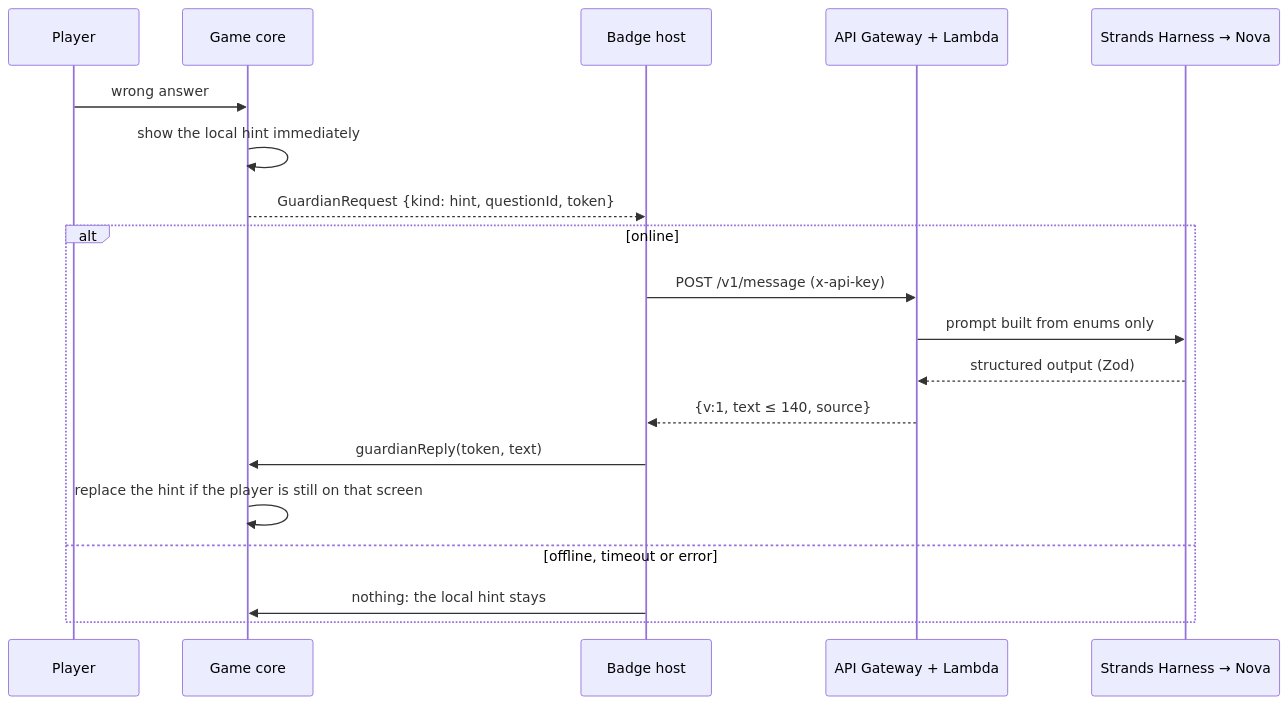
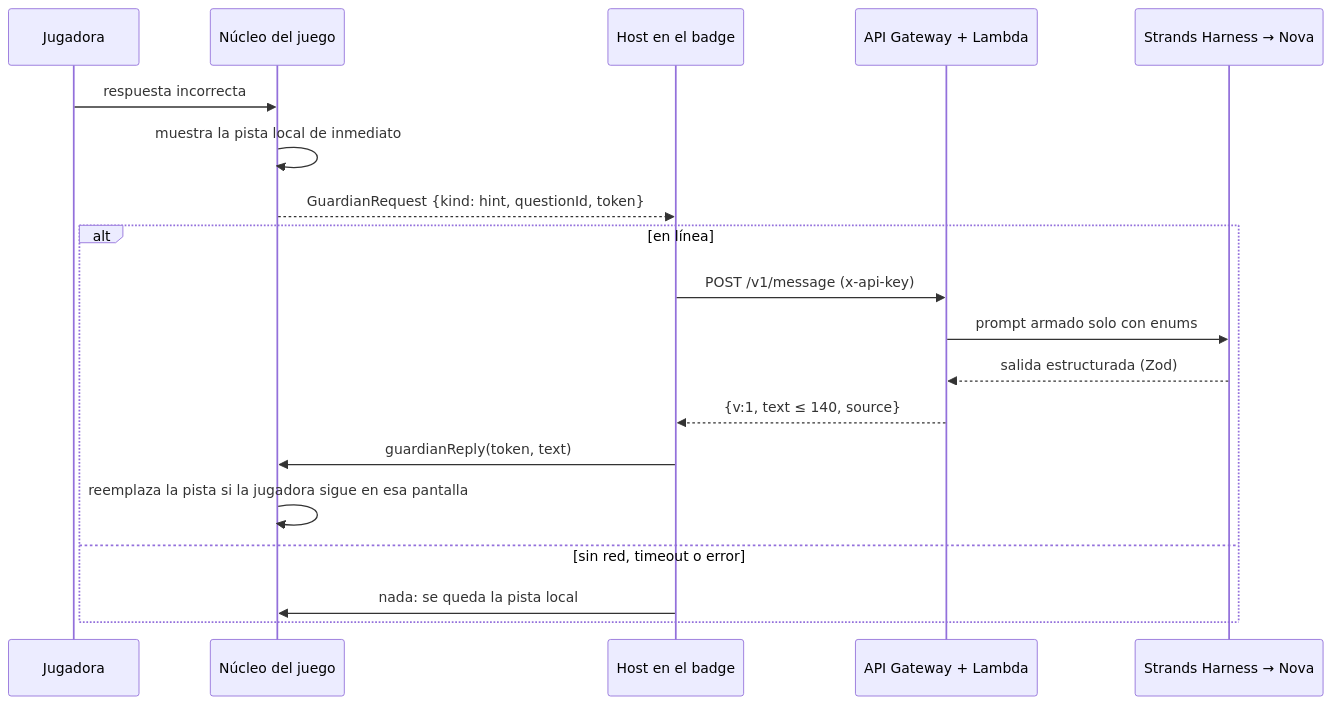
The second of 2 diagrams in README.md (hsaenzG/badge-js), drawn with Mermaid before and after one commit. The commit also changed other lines of this file and 17 other files, not shown here.

````diff
--- a/README.md
+++ b/README.md
@@ -74,21 +76,21 @@
 ```mermaid
 sequenceDiagram
-  participant P as Player
-  participant G as Game core
-  participant B as Badge host
+  participant P as Jugadora
+  participant G as Núcleo del juego
+  participant B as Host en el badge
   participant API as API Gateway + Lambda
   participant AI as Strands Harness → Nova
-  P->>G: wrong answer
-  G->>G: show the local hint immediately
+  P->>G: respuesta incorrecta
+  G->>G: muestra la pista local de inmediato
   G-->>B: GuardianRequest {kind: hint, questionId, token}
-  alt online
+  alt en línea
     B->>API: POST /v1/message (x-api-key)
-    API->>AI: prompt built from enums only
-    AI-->>API: structured output (Zod)
+    API->>AI: prompt armado solo con enums
+    AI-->>API: salida estructurada (Zod)
     API-->>B: {v:1, text ≤ 140, source}
     B->>G: guardianReply(token, text)
-    G->>G: replace the hint if the player is still on that screen
-  else offline, timeout or error
-    B->>G: nothing: the local hint stays
+    G->>G: reemplaza la pista si la jugadora sigue en esa pantalla
+  else sin red, timeout o error
+    B->>G: nada: se queda la pista local
   end
 ```
````
